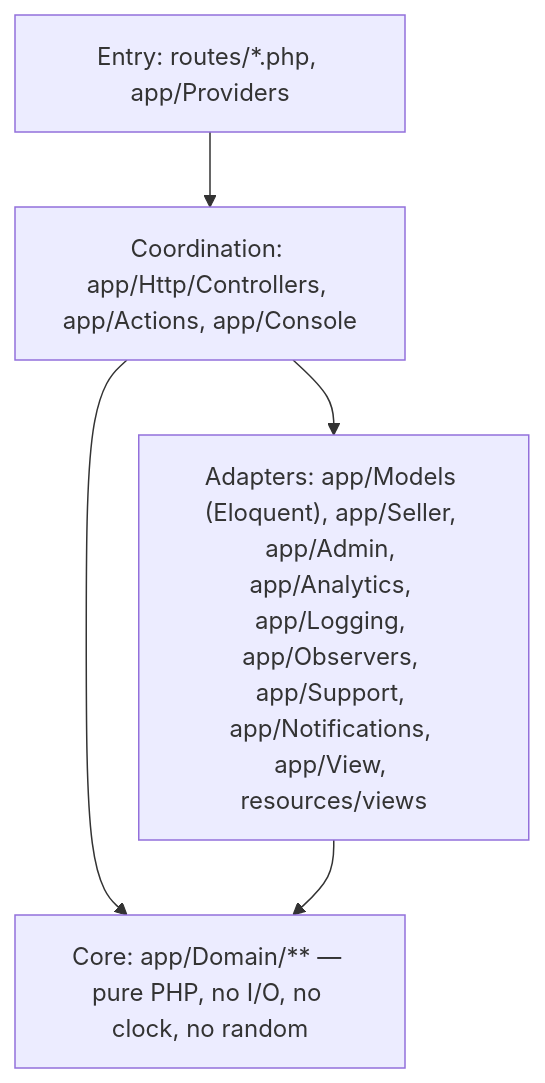
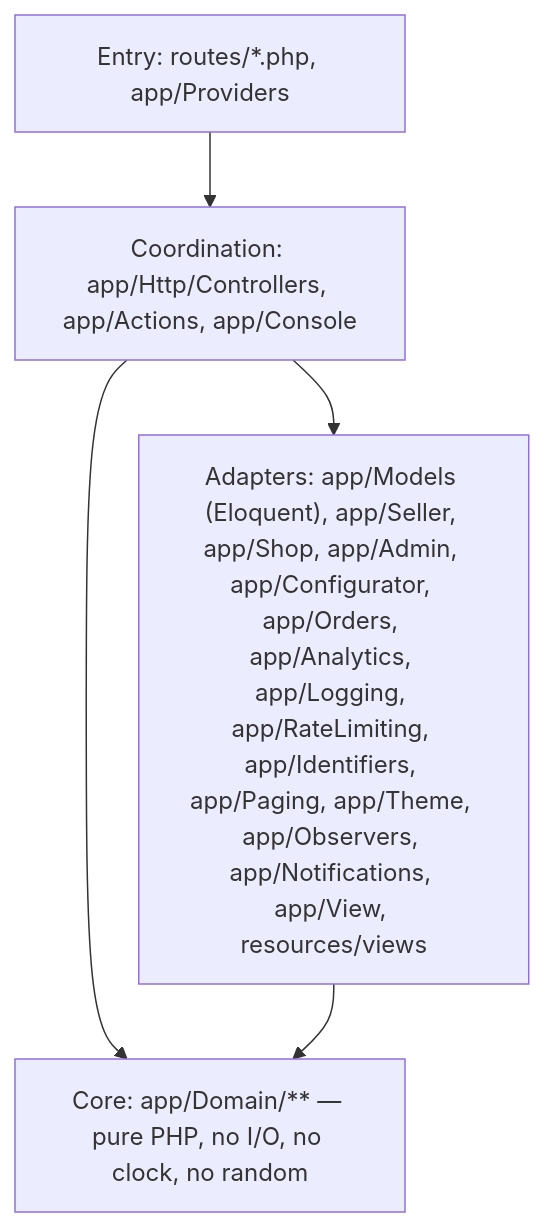
The second of 5 diagrams in app/docs/architecture.md (jonathan-beebe/art-store), drawn with Mermaid before and after one commit. The commit also changed other lines of this file and 488 other files, not shown here.

````diff
--- a/app/docs/architecture.md
+++ b/app/docs/architecture.md
@@ -40,8 +40,8 @@
 ```mermaid
 flowchart TD
     entry["Entry: routes/*.php, app/Providers"] --> coord
     coord["Coordination: app/Http/Controllers, app/Actions, app/Console"] --> core
     coord --> adapters
-    adapters["Adapters: app/Models (Eloquent), app/Seller, app/Admin, app/Analytics, app/Logging, app/Observers, app/Support, app/Notifications, app/View, resources/views"] --> core
+    adapters["Adapters: app/Models (Eloquent), app/Seller, app/Shop, app/Admin, app/Configurator, app/Orders, app/Analytics, app/Logging, app/RateLimiting, app/Identifiers, app/Paging, app/Theme, app/Observers, app/Notifications, app/View, resources/views"] --> core
     core["Core: app/Domain/** — pure PHP, no I/O, no clock, no random"]
 ```
````
